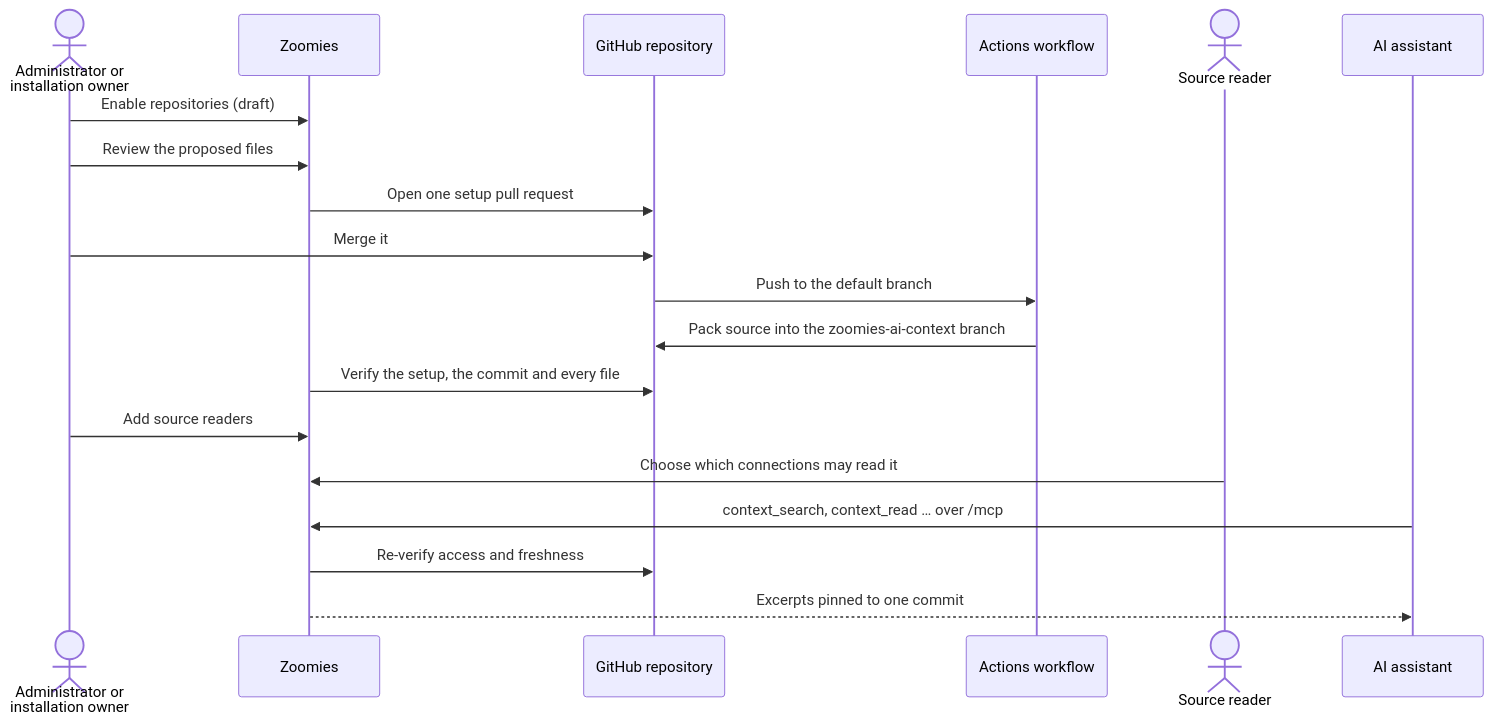
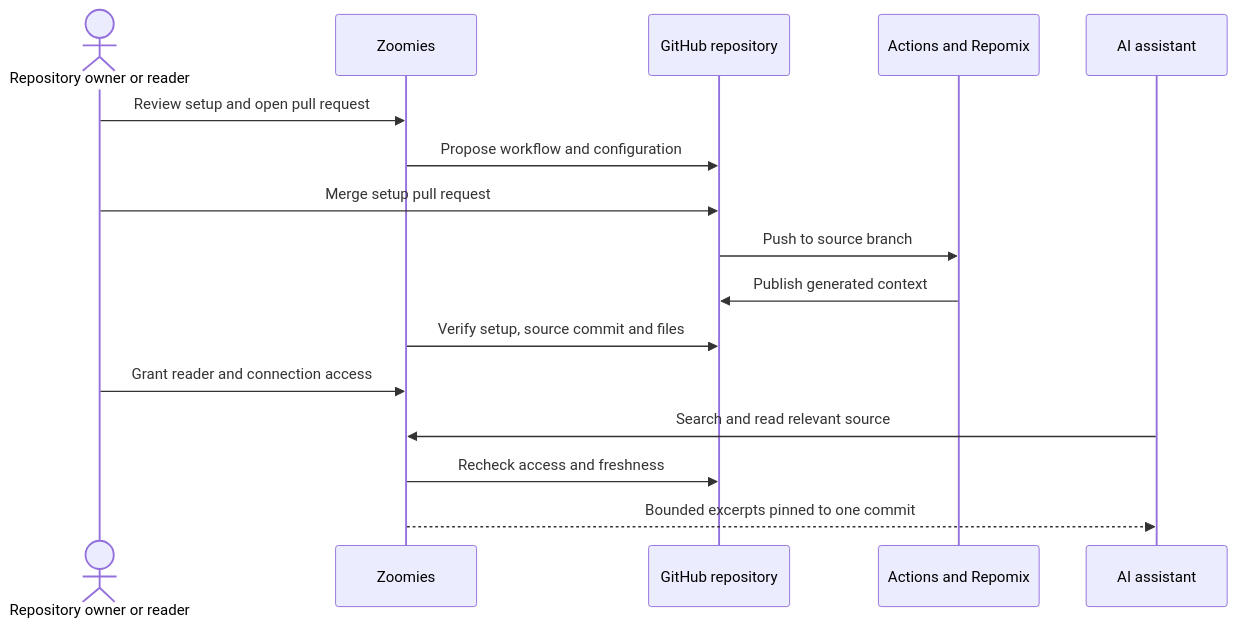
Before and after one commit to eyupio/Zoomies: the diagram in docs/ai-context.md, drawn with Mermaid. The commit also changed other lines of this file, not shown here.

Commit message:
docs: explain AI Context token savings and Repomix workflow

````diff
--- a/docs/ai-context.md
+++ b/docs/ai-context.md
@@ -49,22 +175,19 @@
 ```mermaid
 sequenceDiagram
-    actor Owner as Administrator or<br/>installation owner
+    actor User as Repository owner or reader
     participant Z as Zoomies
     participant GH as GitHub repository
-    participant A as Actions workflow
-    actor Reader as Source reader
+    participant A as Actions and Repomix
     participant AI as AI assistant
 
-    Owner->>Z: Enable repositories (draft)
-    Owner->>Z: Review the proposed files
-    Z->>GH: Open one setup pull request
-    Owner->>GH: Merge it
-    GH->>A: Push to the default branch
-    A->>GH: Pack source into the zoomies-ai-context branch
-    Z->>GH: Verify the setup, the commit and every file
-    Owner->>Z: Add source readers
-    Reader->>Z: Choose which connections may read it
-    AI->>Z: context_search, context_read … over /mcp
-    Z->>GH: Re-verify access and freshness
-    Z-->>AI: Excerpts pinned to one commit
+    User->>Z: Review setup and open pull request
+    Z->>GH: Propose workflow and configuration
+    User->>GH: Merge setup pull request
+    GH->>A: Push to source branch
+    A->>GH: Publish generated context
+    Z->>GH: Verify setup, source commit and files
+    User->>Z: Grant reader and connection access
+    AI->>Z: Search and read relevant source
+    Z->>GH: Recheck access and freshness
+    Z-->>AI: Bounded excerpts pinned to one commit
 ```
````
